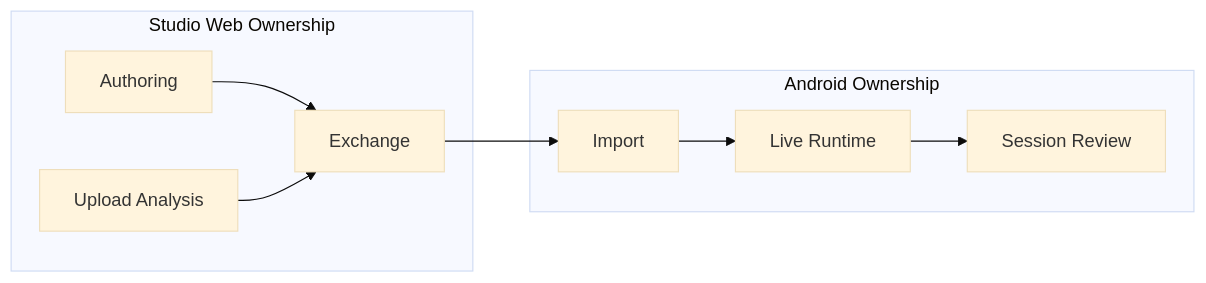
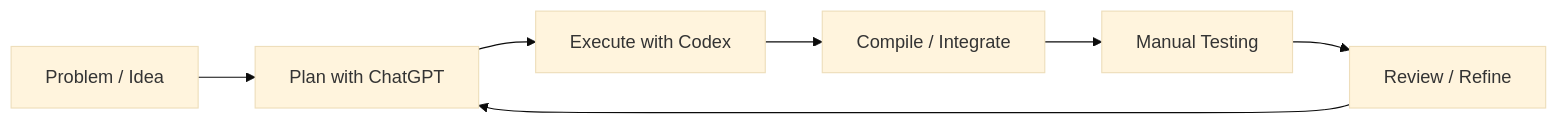
Before and after one commit to Voycepeh/Handstand-App: the second of 2 diagrams in README.md, drawn with Mermaid (base theme). The commit also changed other lines of this file and 1 other file, not shown here.

Commit message:
docs: reposition Android README and add agent README guardrails

````diff
--- a/README.md
+++ b/README.md
@@ -64,18 +74,11 @@
 ```mermaid
 flowchart LR
-    subgraph WEB[Studio Web Ownership]
-      AUTHOR[Authoring]
-      UPLOAD[Upload Analysis]
-      EXCHANGE[Exchange]
-    end
+    IDEA[Problem / Idea]
+    PLAN[Plan with ChatGPT]
+    EXEC[Execute with Codex]
+    BUILD[Compile / Integrate]
+    TEST[Manual Testing]
+    REVIEW[Review / Refine]
 
-    subgraph MOBILE[Android Ownership]
-      IMPORT[Import]
-      RUNTIME[Live Runtime]
-      REVIEW[Session Review]
-    end
-
-    AUTHOR --> EXCHANGE
-    UPLOAD --> EXCHANGE
-    EXCHANGE --> IMPORT --> RUNTIME --> REVIEW
+    IDEA --> PLAN --> EXEC --> BUILD --> TEST --> REVIEW --> PLAN
 ```
````
